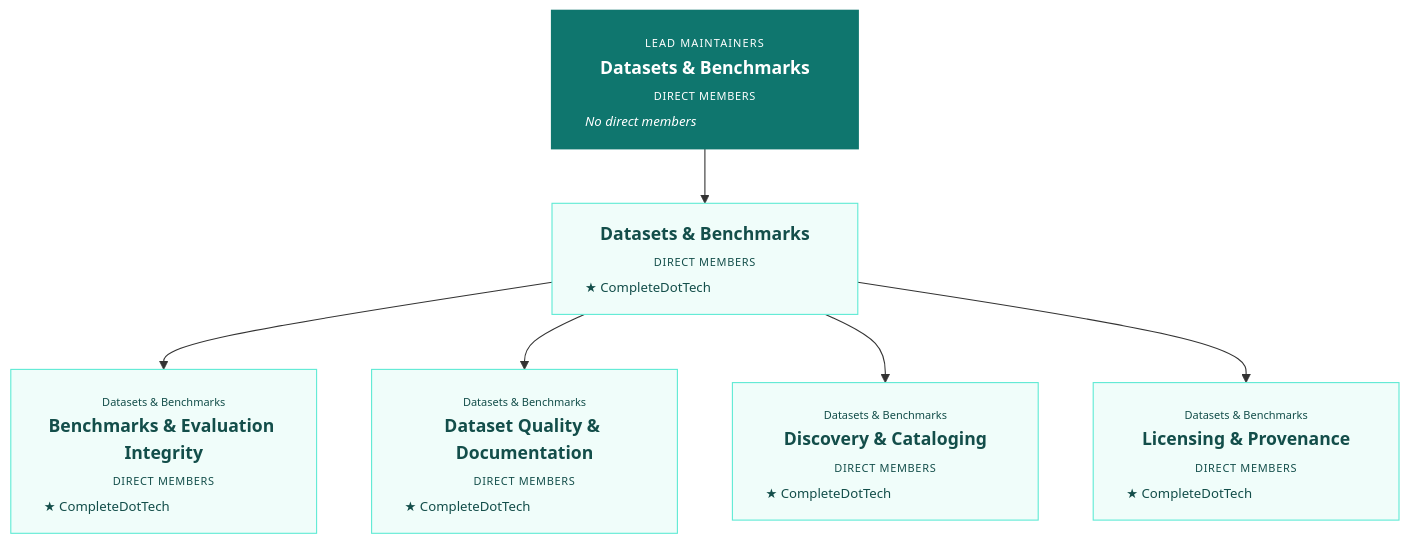
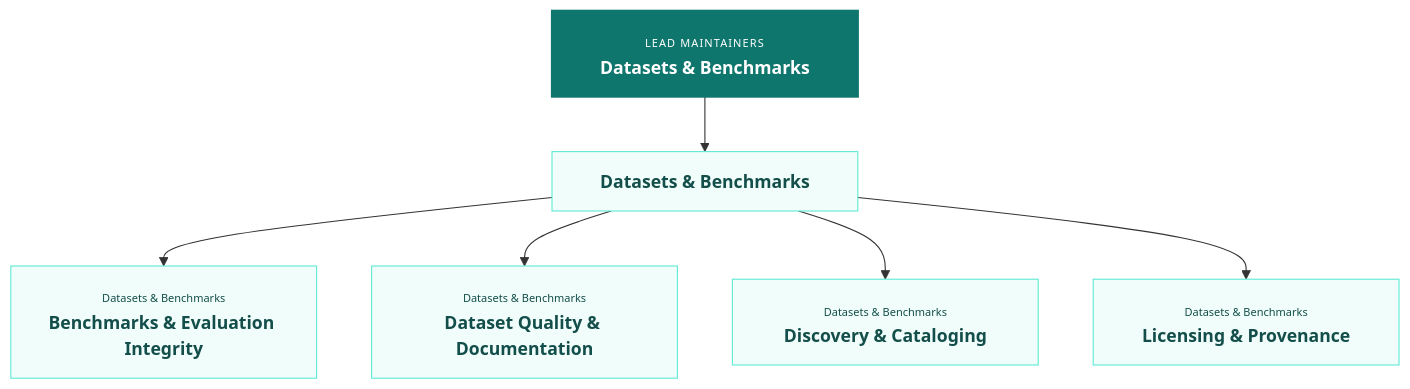
Before and after one commit to Pick-Your-AI/.github: the diagram in docs/organization/snapshots/2026-10-29/area-datasets-benchmarks.mmd, drawn with Mermaid. The commit also changed 53 other files, not shown here.

Commit message:
Remove private membership data from public organization charts

```diff
--- a/docs/organization/snapshots/2026-10-29/area-datasets-benchmarks.mmd
+++ b/docs/organization/snapshots/2026-10-29/area-datasets-benchmarks.mmd
@@ -1,33 +1,33 @@
-%% Live GitHub snapshot 2026-10-30T02:33:56.069534+00:00
-%% Includes all direct members and pending invitees.
+%% Historical team hierarchy captured 2026-10-30T02:33:56.069534+00:00
+%% Public team structure only; personal data excluded.
 flowchart TB
- team_20398330["<div style='width:218px;text-align:center;line-height:1.5'><b>Datasets &amp; Benchmarks</b><br/><span style='font-size:10px;letter-spacing:0.6px'>DIRECT MEMBERS</span><div style='font-size:12px;text-align:left;margin-top:5px'>★ CompleteDotTech</div></div>"]:::research
- team_20423758["<div style='width:218px;text-align:center;line-height:1.5'><span style='font-size:10px'>Datasets &amp; Benchmarks</span><br/><b>Benchmarks &amp; Evaluation Integrity</b><br/><span style='font-size:10px;letter-spacing:0.6px'>DIRECT MEMBERS</span><div style='font-size:12px;text-align:left;margin-top:5px'>★ CompleteDotTech</div></div>"]:::research
- team_20423757["<div style='width:218px;text-align:center;line-height:1.5'><span style='font-size:10px'>Datasets &amp; Benchmarks</span><br/><b>Dataset Quality &amp; Documentation</b><br/><span style='font-size:10px;letter-spacing:0.6px'>DIRECT MEMBERS</span><div style='font-size:12px;text-align:left;margin-top:5px'>★ CompleteDotTech</div></div>"]:::research
- team_20423752["<div style='width:218px;text-align:center;line-height:1.5'><span style='font-size:10px'>Datasets &amp; Benchmarks</span><br/><b>Discovery &amp; Cataloging</b><br/><span style='font-size:10px;letter-spacing:0.6px'>DIRECT MEMBERS</span><div style='font-size:12px;text-align:left;margin-top:5px'>★ CompleteDotTech</div></div>"]:::research
- team_20423754["<div style='width:218px;text-align:center;line-height:1.5'><span style='font-size:10px'>Datasets &amp; Benchmarks</span><br/><b>Licensing &amp; Provenance</b><br/><span style='font-size:10px;letter-spacing:0.6px'>DIRECT MEMBERS</span><div style='font-size:12px;text-align:left;margin-top:5px'>★ CompleteDotTech</div></div>"]:::research
- team_20421774["<div style='width:218px;text-align:center;line-height:1.5'><span style='font-size:10px;letter-spacing:1px'>LEAD MAINTAINERS</span><br/><b>Datasets &amp; Benchmarks</b><br/><span style='font-size:10px;letter-spacing:0.6px'>DIRECT MEMBERS</span><div style='font-size:12px;text-align:left;margin-top:5px'><span style='font-style:italic'>No direct members</span></div></div>"]:::researchLead
+ team_20398330["<div style='width:218px;text-align:center;line-height:1.5'><b>Datasets &amp; Benchmarks</b></div>"]:::research
+ team_20423758["<div style='width:218px;text-align:center;line-height:1.5'><span style='font-size:10px'>Datasets &amp; Benchmarks</span><br/><b>Benchmarks &amp; Evaluation Integrity</b></div>"]:::research
+ team_20423757["<div style='width:218px;text-align:center;line-height:1.5'><span style='font-size:10px'>Datasets &amp; Benchmarks</span><br/><b>Dataset Quality &amp; Documentation</b></div>"]:::research
+ team_20423752["<div style='width:218px;text-align:center;line-height:1.5'><span style='font-size:10px'>Datasets &amp; Benchmarks</span><br/><b>Discovery &amp; Cataloging</b></div>"]:::research
+ team_20423754["<div style='width:218px;text-align:center;line-height:1.5'><span style='font-size:10px'>Datasets &amp; Benchmarks</span><br/><b>Licensing &amp; Provenance</b></div>"]:::research
+ team_20421774["<div style='width:218px;text-align:center;line-height:1.5'><span style='font-size:10px;letter-spacing:1px'>LEAD MAINTAINERS</span><br/><b>Datasets &amp; Benchmarks</b></div>"]:::researchLead
  team_20421774 --> team_20398330
  team_20398330 --> team_20423758
  team_20398330 --> team_20423757
  team_20398330 --> team_20423752
  team_20398330 --> team_20423754
 
  classDef owner fill:#102f3e,stroke:#102f3e,color:#fff,stroke-width:2px;
  classDef governance fill:#edf2f7,stroke:#94a3b8,color:#243c4b;
  classDef researchLead fill:#0f766e,stroke:#0f766e,color:#fff,stroke-width:2px;
  classDef research fill:#f0fdfa,stroke:#5eead4,color:#134e4a;
  classDef webLead fill:#1d4ed8,stroke:#1d4ed8,color:#fff,stroke-width:2px;
  classDef web fill:#eff6ff,stroke:#93c5fd,color:#1e3a8a;
  classDef mobileLead fill:#6d28d9,stroke:#6d28d9,color:#fff,stroke-width:2px;
  classDef mobile fill:#f5f3ff,stroke:#c4b5fd,color:#4c1d95;
  classDef educationLead fill:#c2410c,stroke:#c2410c,color:#fff,stroke-width:2px;
  classDef education fill:#fff7ed,stroke:#fdba74,color:#7c2d12;
  classDef community fill:#fffbeb,stroke:#fbbf24,color:#78350f;
 
  click team_20398330 "https://github.com/orgs/Pick-Your-AI/teams/datasets-benchmarks" "Datasets &amp; Benchmarks" _blank
  click team_20423758 "https://github.com/orgs/Pick-Your-AI/teams/datasets-benchmarks-benchmarks-evaluation-integrity" "Datasets &amp; Benchmarks - Benchmarks &amp; Evaluation Integrity" _blank
  click team_20423757 "https://github.com/orgs/Pick-Your-AI/teams/datasets-benchmarks-dataset-quality-documentation" "Datasets &amp; Benchmarks - Dataset Quality &amp; Documentation" _blank
  click team_20423752 "https://github.com/orgs/Pick-Your-AI/teams/datasets-benchmarks-discovery-cataloging" "Datasets &amp; Benchmarks - Discovery &amp; Cataloging" _blank
  click team_20423754 "https://github.com/orgs/Pick-Your-AI/teams/datasets-benchmarks-licensing-provenance" "Datasets &amp; Benchmarks - Licensing &amp; Provenance" _blank
  click team_20421774 "https://github.com/orgs/Pick-Your-AI/teams/lead-maintainers-datasets-benchmarks" "Lead Maintainers - Datasets &amp; Benchmarks" _blank
```
